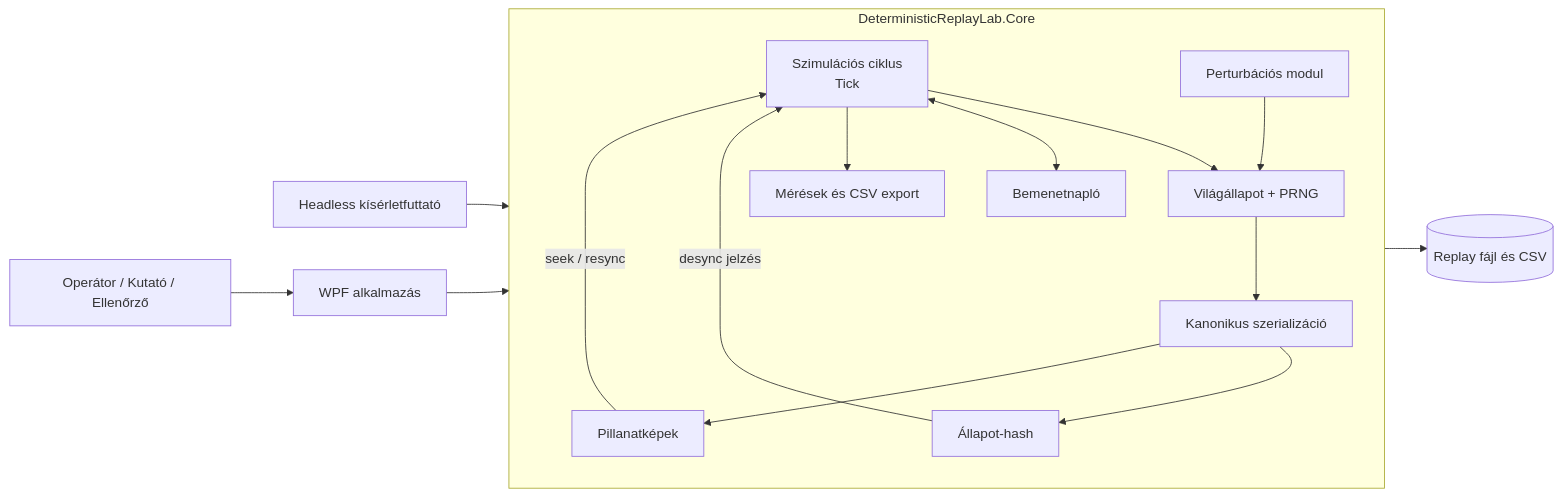
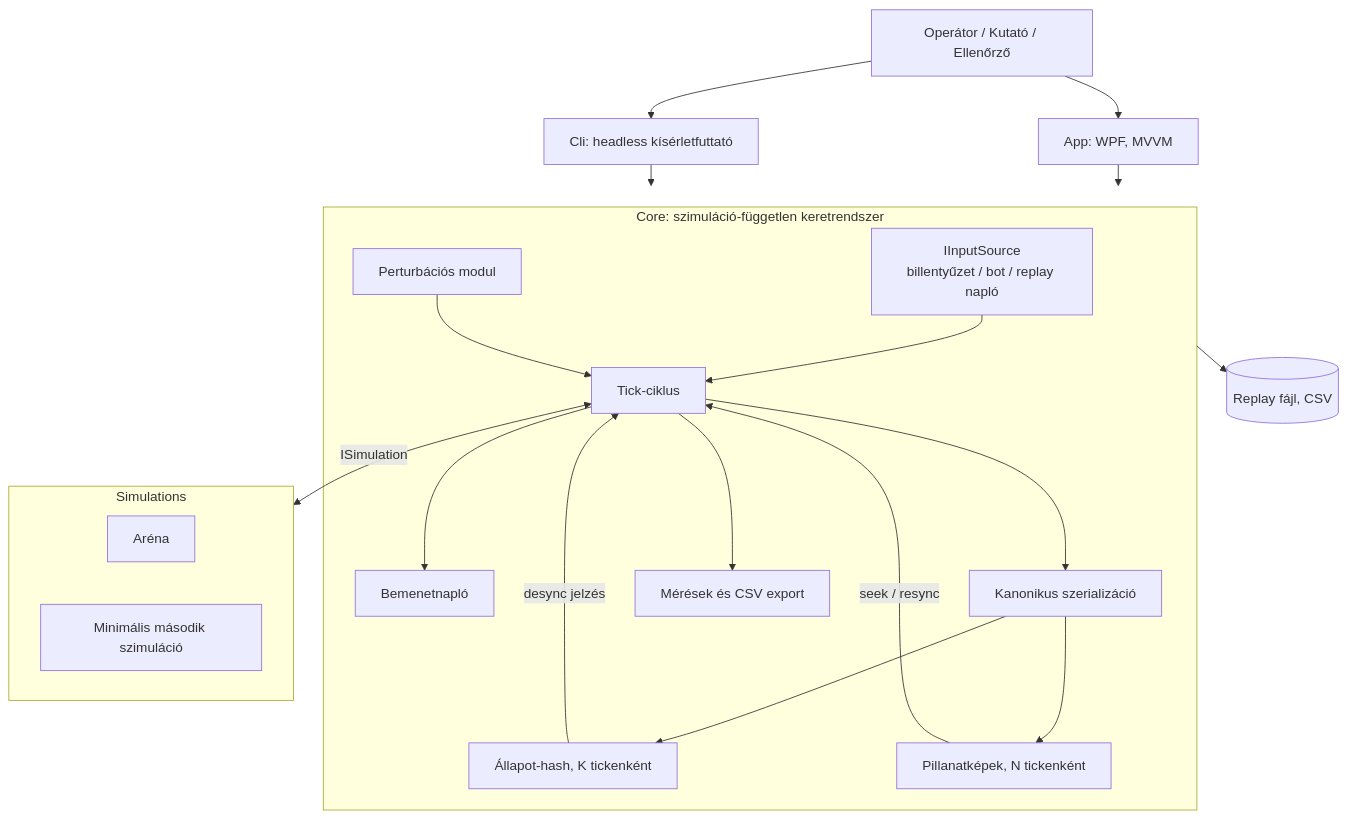
One commit to Mgodisai/deterministic-replay-lab changed the second of 2 diagrams in 00-project/02-specification.md. Above: the diagram before and after it, drawn with Mermaid. The commit also changed other lines of this file, not shown here.

Commit message:
docs(specification): five-project architecture, MVVM, interfaces

````diff
--- a/00-project/02-specification.md
+++ b/00-project/02-specification.md
@@ -302,21 +325,24 @@
 ```mermaid
-flowchart LR
-  U[Operátor / Kutató / Ellenőrző] --> UI[WPF alkalmazás]
-  CLI[Headless kísérletfuttató] --> Core
+flowchart TB
+  U[Operátor / Kutató / Ellenőrző] --> UI[App: WPF, MVVM]
+  U --> CLI[Cli: headless kísérletfuttató]
   UI --> Core
-  subgraph Core[DeterministicReplayLab.Core]
-    Sim[Szimulációs ciklus<br/>Tick] --> State[Világállapot + PRNG]
-    Log[Bemenetnapló]
-    Ser[Kanonikus szerializáció] --> Hash[Állapot-hash]
-    Ser --> Snap[Pillanatképek]
-    Perturb[Perturbációs modul]
-    Metrics[Mérések és CSV export]
+  CLI --> Core
+  subgraph Core[Core: szimuláció-független keretrendszer]
+    Input[IInputSource<br/>billentyűzet / bot / replay napló] --> Loop[Tick-ciklus]
+    Loop --> Log[Bemenetnapló]
+    Loop --> Ser[Kanonikus szerializáció]
+    Ser --> Hash[Állapot-hash, K tickenként]
+    Ser --> Snap[Pillanatképek, N tickenként]
+    Perturb[Perturbációs modul] --> Loop
+    Hash -->|desync jelzés| Loop
+    Snap -->|seek / resync| Loop
+    Loop --> Metrics[Mérések és CSV export]
   end
-  Sim <--> Log
-  State --> Ser
-  Hash -->|desync jelzés| Sim
-  Snap -->|seek / resync| Sim
-  Perturb --> State
-  Sim --> Metrics
-  Core --> Files[(Replay fájl és CSV)]
+  subgraph Sims[Simulations]
+    Arena[Aréna]
+    Mini[Minimális második szimuláció]
+  end
+  Loop <-->|ISimulation| Sims
+  Core --> Files[(Replay fájl, CSV)]
 ```
````
